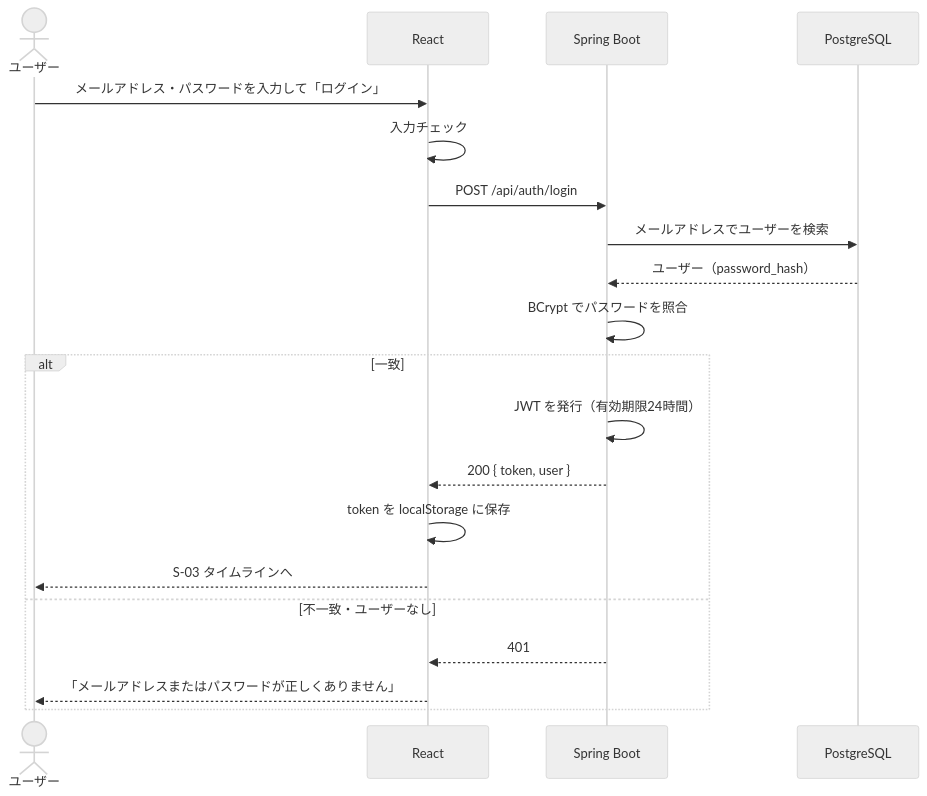
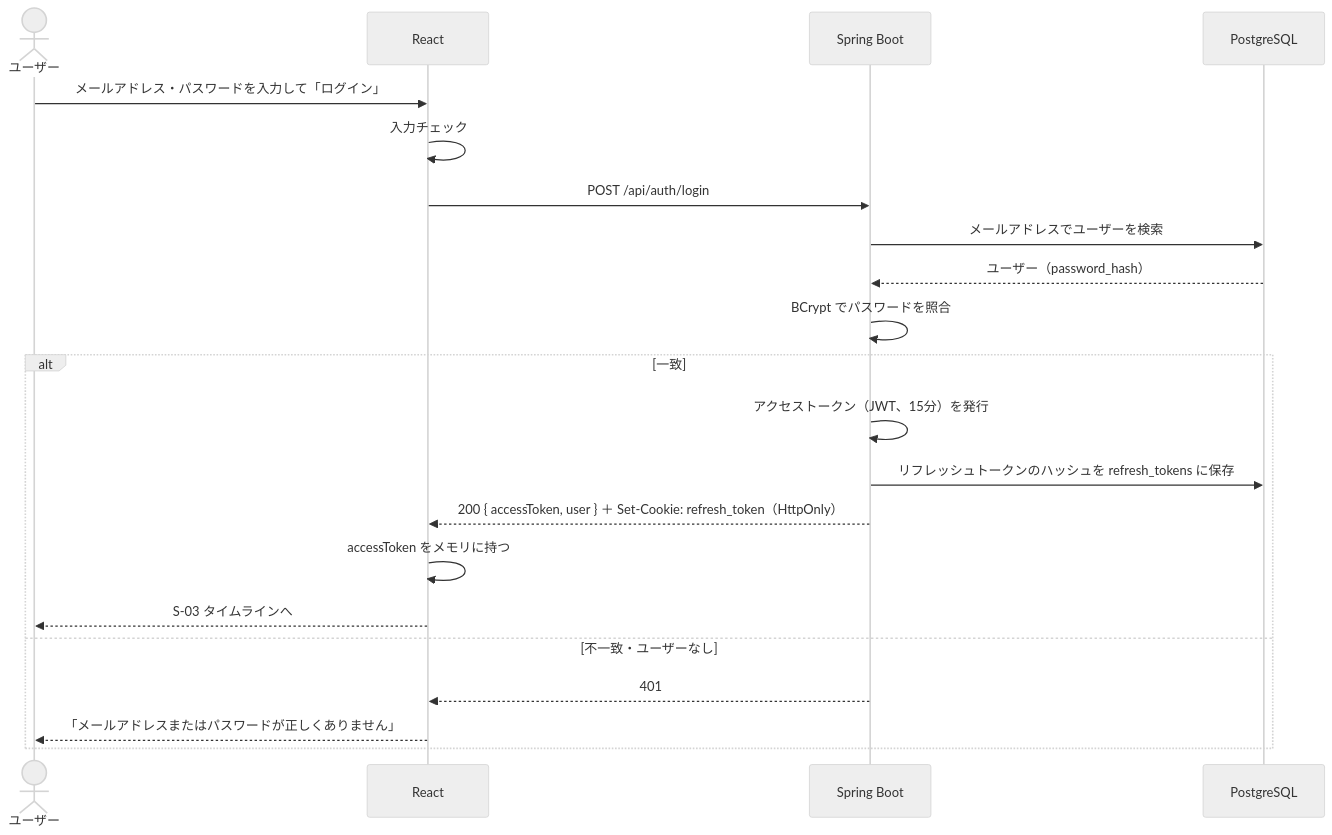
Before and after one commit to okky0908-prog/sns-app: the first of 2 diagrams in docs/feature-specs/01_auth.md, drawn with Mermaid (neutral theme). The commit also changed other lines of this file and 30 other files, not shown here.

````diff
--- a/docs/feature-specs/01_auth.md
+++ b/docs/feature-specs/01_auth.md
@@ -60,23 +70,24 @@
 ```mermaid
 sequenceDiagram
     actor U as ユーザー
     participant R as React
     participant S as Spring Boot
     participant DB as PostgreSQL
 
     U->>R: メールアドレス・パスワードを入力して「ログイン」
     R->>R: 入力チェック
     R->>S: POST /api/auth/login
     S->>DB: メールアドレスでユーザーを検索
     DB-->>S: ユーザー（password_hash）
     S->>S: BCrypt でパスワードを照合
     alt 一致
-        S->>S: JWT を発行（有効期限24時間）
-        S-->>R: 200 { token, user }
-        R->>R: token を localStorage に保存
+        S->>S: アクセストークン（JWT、15分）を発行
+        S->>DB: リフレッシュトークンのハッシュを refresh_tokens に保存
+        S-->>R: 200 { accessToken, user } ＋ Set-Cookie: refresh_token（HttpOnly）
+        R->>R: accessToken をメモリに持つ
         R-->>U: S-03 タイムラインへ
     else 不一致・ユーザーなし
         S-->>R: 401
         R-->>U: 「メールアドレスまたはパスワードが正しくありません」
     end
 ```
````
